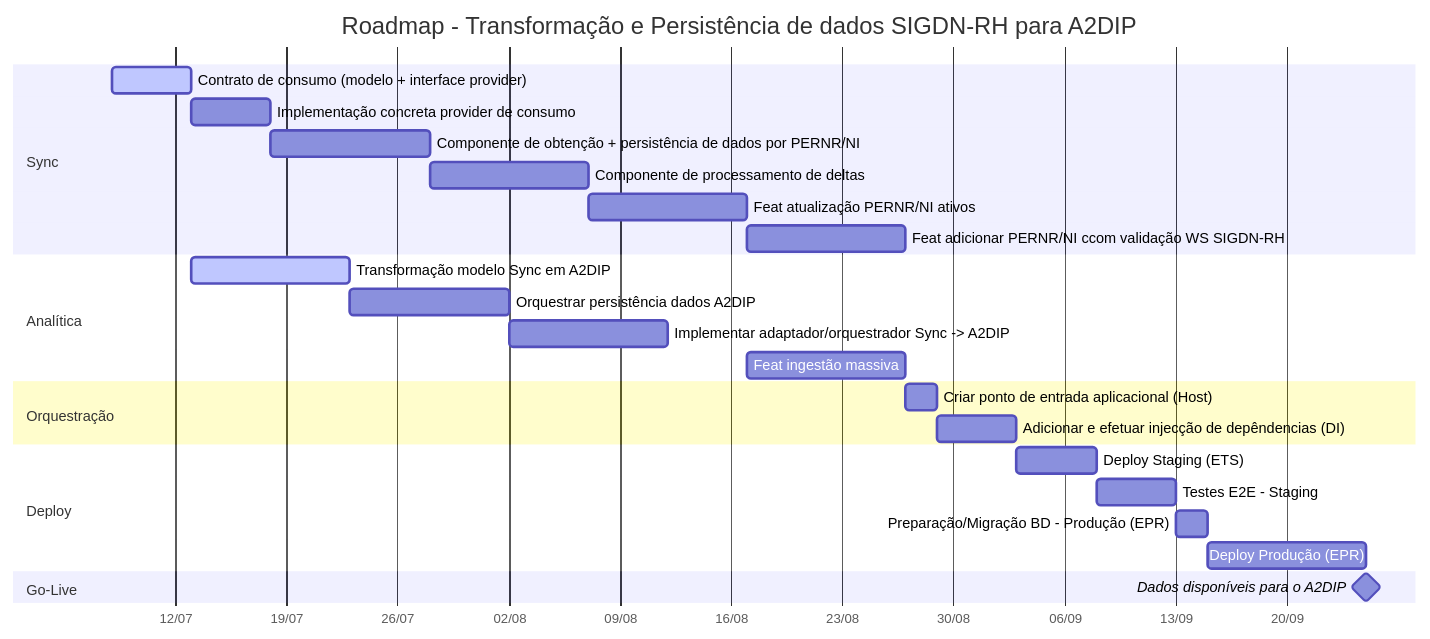
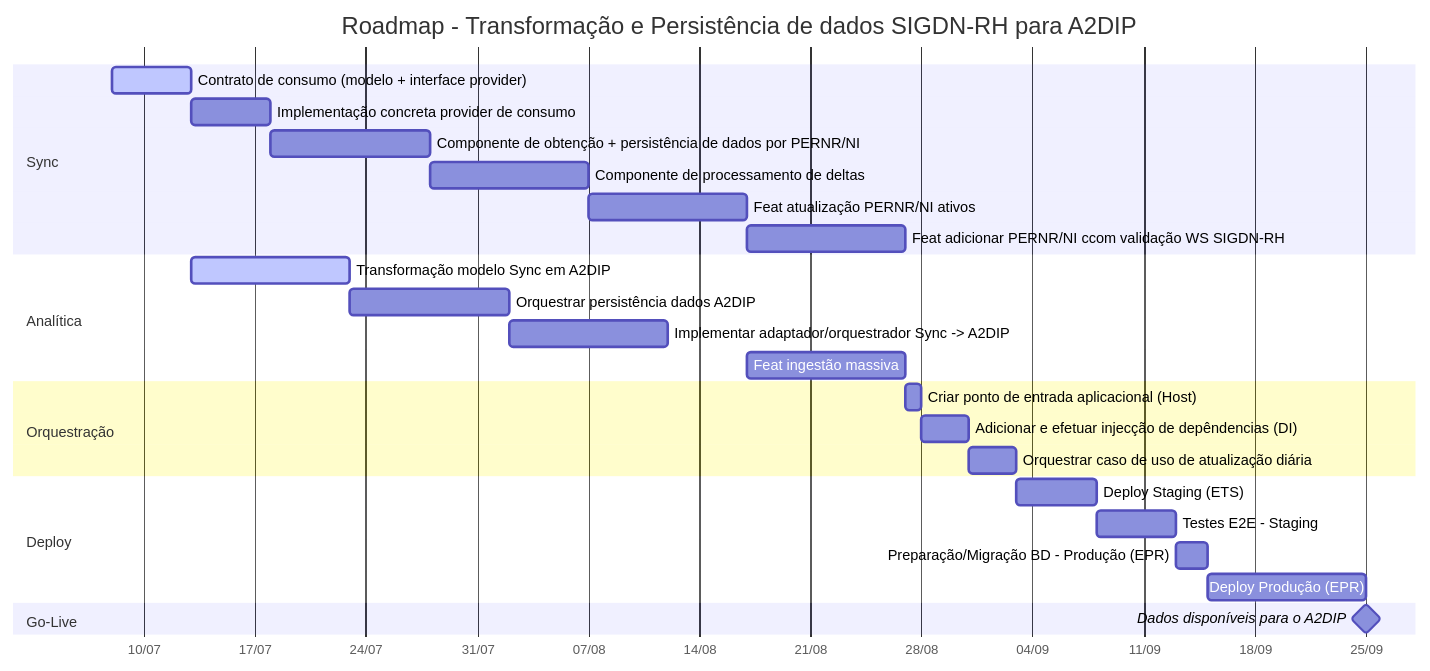
The diagram in README.md (Raimundo82/pessoas-integracao), drawn with Mermaid before and after one commit.

Commit message:
docs: update Gantt chart tick interval and weekday in roadmap (#686)
## Checklist

- [x] Branch name follows **Conventional Branch**
- [x] PR titles and Commit messages follow **Conventional Commits**

````diff
--- a/README.md
+++ b/README.md
@@ -22,35 +22,37 @@
 ```mermaid
-
 gantt
     title Roadmap - Transformação e Persistência de dados SIGDN-RH para A2DIP
     dateFormat  YYYY-MM-DD
     axisFormat  %d/%m
+    tickInterval 1week
+    weekday friday
     todayMarker on
 
     section Sync
     Contrato de consumo (modelo + interface provider)           :active,  s3, 2026-07-08, 5d
     Implementação concreta provider de consumo                  :         s4, after s3, 5d 
     Componente de obtenção + persistência de dados por PERNR/NI :         s5, after s4, 10d
     Componente de processamento de deltas                       :         s6, after s5, 10d
     Feat atualização PERNR/NI ativos                            :         s7, after s6, 10d
     Feat adicionar PERNR/NI ccom validação WS SIGDN-RH          :         s8, after s7, 10d
 
     section Analítica
     Transformação modelo Sync em A2DIP                          :active,  an3, after s3, 10d
     Orquestrar persistência dados A2DIP                         :         an4, after an3, 10d
     Implementar adaptador/orquestrador Sync -> A2DIP            :         an5, after an4, 10d                                 
     Feat ingestão massiva                                       :         an6, after an5 s7, 10d
 
     section Orquestração
-    Criar ponto de entrada aplicacional (Host)                  :         o1, after an6 s8, 2d
-    Adicionar e efetuar injecção de depêndencias (DI)           :         o2, after o1, 5d
+    Criar ponto de entrada aplicacional (Host)                  :         o1, after an6 s8, 1d
+    Adicionar e efetuar injecção de depêndencias (DI)           :         o2, after o1, 3d
+    Orquestrar caso de uso de atualização diária                :         o3, after o2, 3d
 
     section Deploy
-    Deploy Staging (ETS)                                        :         dep1, after o2, 5d
+    Deploy Staging (ETS)                                        :         dep1, after o3, 5d
     Testes E2E - Staging                                        :         e2e1, after dep1, 5d
     Preparação/Migração BD - Produção (EPR)                     :         mig, after e2e1, 2d
     Deploy Produção (EPR)                                       :         dep2, after mig, 10d
 
    section Go-Live
    Dados disponíveis para o A2DIP                              :milestone, m1, after dep2, 0d
 ```
````
